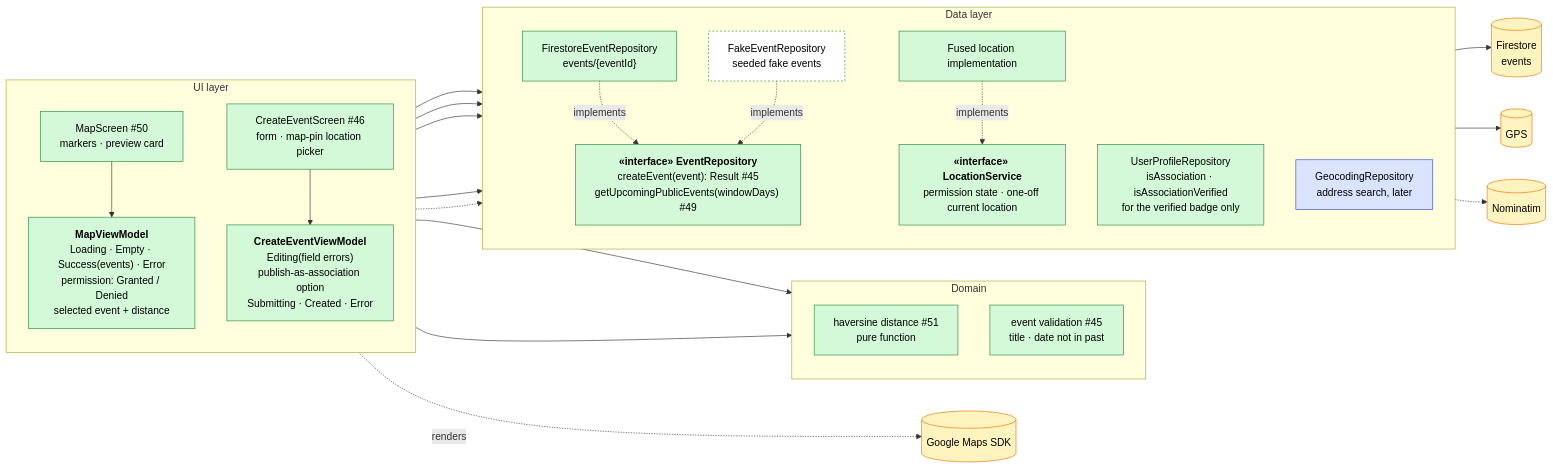
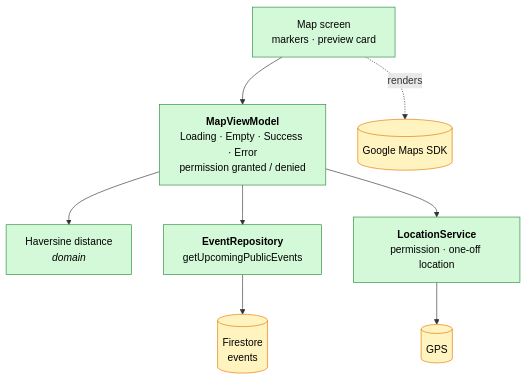
The fourth of 11 diagrams in docs/Architecture-Diagram.md (swent-polysocial/PolySocial), drawn with Mermaid before and after one commit. The commit also changed other lines of this file and 2 other files, not shown here.

````diff
--- a/docs/Architecture-Diagram.md
+++ b/docs/Architecture-Diagram.md
@@ -176,54 +133,13 @@
 ```mermaid
-flowchart LR
+flowchart TB
   classDef s1 fill:#d3f9d8,stroke:#2b8a3e,color:#000
-  classDef pb fill:#dbe4ff,stroke:#364fc7,color:#000
   classDef ext fill:#fff3bf,stroke:#e67700,color:#000
-  classDef fake fill:#ffffff,stroke:#2b8a3e,color:#000,stroke-dasharray:3 3
 
-  subgraph UI["UI layer"]
-    direction TB
-    sMap["MapScreen #50<br/>markers · preview card"]:::s1
-    vmMap["<b>MapViewModel</b><br/>Loading · Empty · Success(events) · Error<br/>permission: Granted / Denied<br/>selected event + distance"]:::s1
-    sCreate["CreateEventScreen #46<br/>form · map-pin location picker"]:::s1
-    vmCreate["<b>CreateEventViewModel</b><br/>Editing(field errors)<br/>publish-as-association option<br/>Submitting · Created · Error"]:::s1
-    sMap --> vmMap
-    sCreate --> vmCreate
-  end
-
-  subgraph DOM["Domain"]
-    direction TB
-    dist["haversine distance #51<br/>pure function"]:::s1
-    eVal["event validation #45<br/>title · date not in past"]:::s1
-  end
-
-  subgraph DATA["Data layer"]
-    direction TB
-    iEv["<b>«interface» EventRepository</b><br/>createEvent(event): Result #45<br/>getUpcomingPublicEvents(windowDays) #49"]:::s1
-    fsEv["FirestoreEventRepository<br/>events/{eventId}"]:::s1
-    fkEv["FakeEventRepository<br/>seeded fake events"]:::fake
-    iLoc["<b>«interface» LocationService</b><br/>permission state · one-off current location"]:::s1
-    gpsLoc["Fused location implementation"]:::s1
-    iProf["UserProfileRepository<br/>isAssociation · isAssociationVerified<br/>for the verified badge only"]:::s1
-    iGeo["GeocodingRepository<br/>address search, later"]:::pb
-    fsEv -. implements .-> iEv
-    fkEv -. implements .-> iEv
-    gpsLoc -. implements .-> iLoc
-  end
-
-  xFs[("Firestore<br/>events")]:::ext
-  xGps[("GPS")]:::ext
-  xMaps[("Google Maps SDK")]:::ext
-  xNom[("Nominatim")]:::ext
-
-  vmMap --> iEv
-  vmMap --> iLoc
-  vmMap --> dist
-  sMap -. renders .-> xMaps
-  vmCreate --> eVal
-  vmCreate --> iEv
-  vmCreate --> iProf
-  vmCreate -.-> iGeo
-  fsEv --> xFs
-  gpsLoc --> xGps
-  iGeo -.-> xNom
+  mapS["Map screen<br/>markers · preview card"]:::s1 --> mapVM["<b>MapViewModel</b><br/>Loading · Empty · Success · Error<br/>permission granted / denied"]:::s1
+  mapS -. renders .-> maps[("Google Maps SDK")]:::ext
+  mapVM --> dist["Haversine distance<br/><i>domain</i>"]:::s1
+  mapVM --> ev["<b>EventRepository</b><br/>getUpcomingPublicEvents"]:::s1
+  mapVM --> loc["<b>LocationService</b><br/>permission · one-off location"]:::s1
+  ev --> fs[("Firestore<br/>events")]:::ext
+  loc --> gps[("GPS")]:::ext
 ```
````
